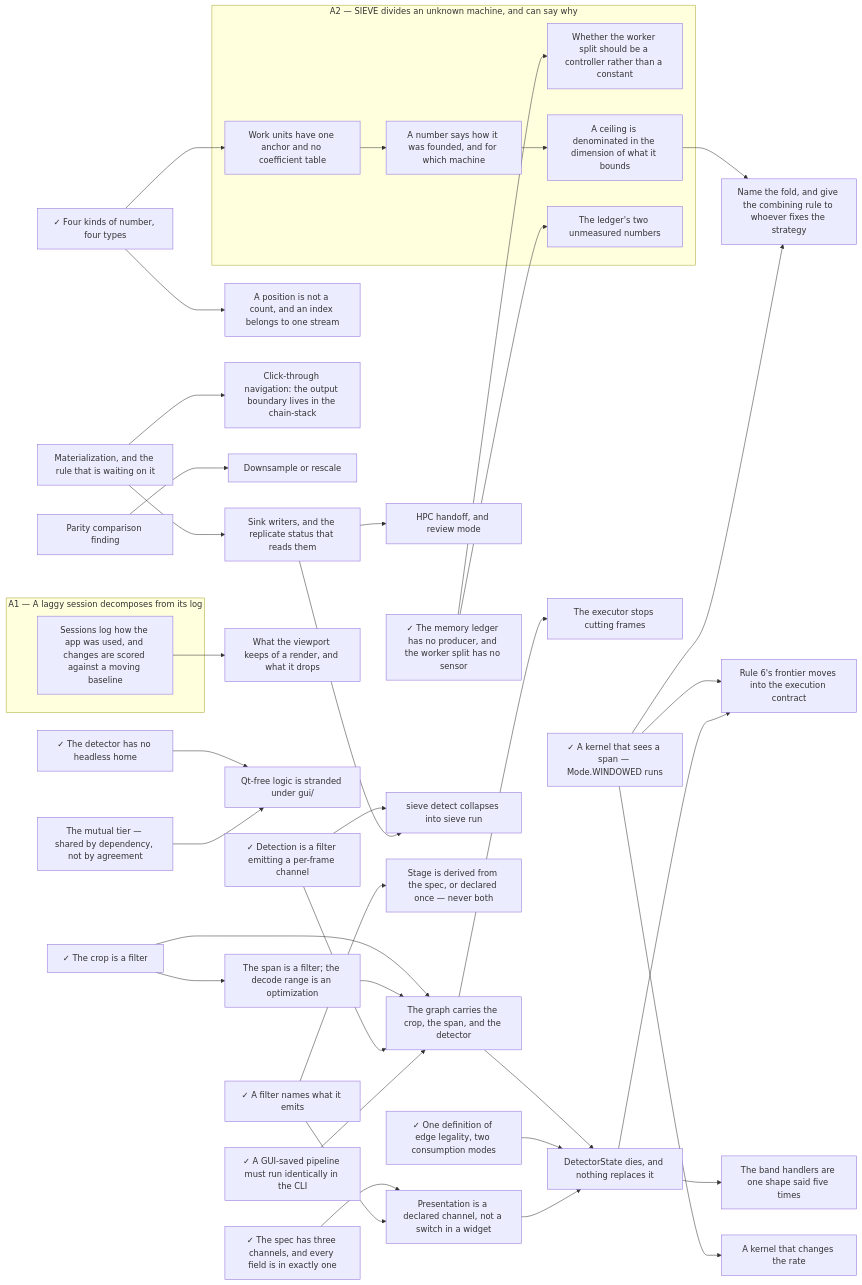
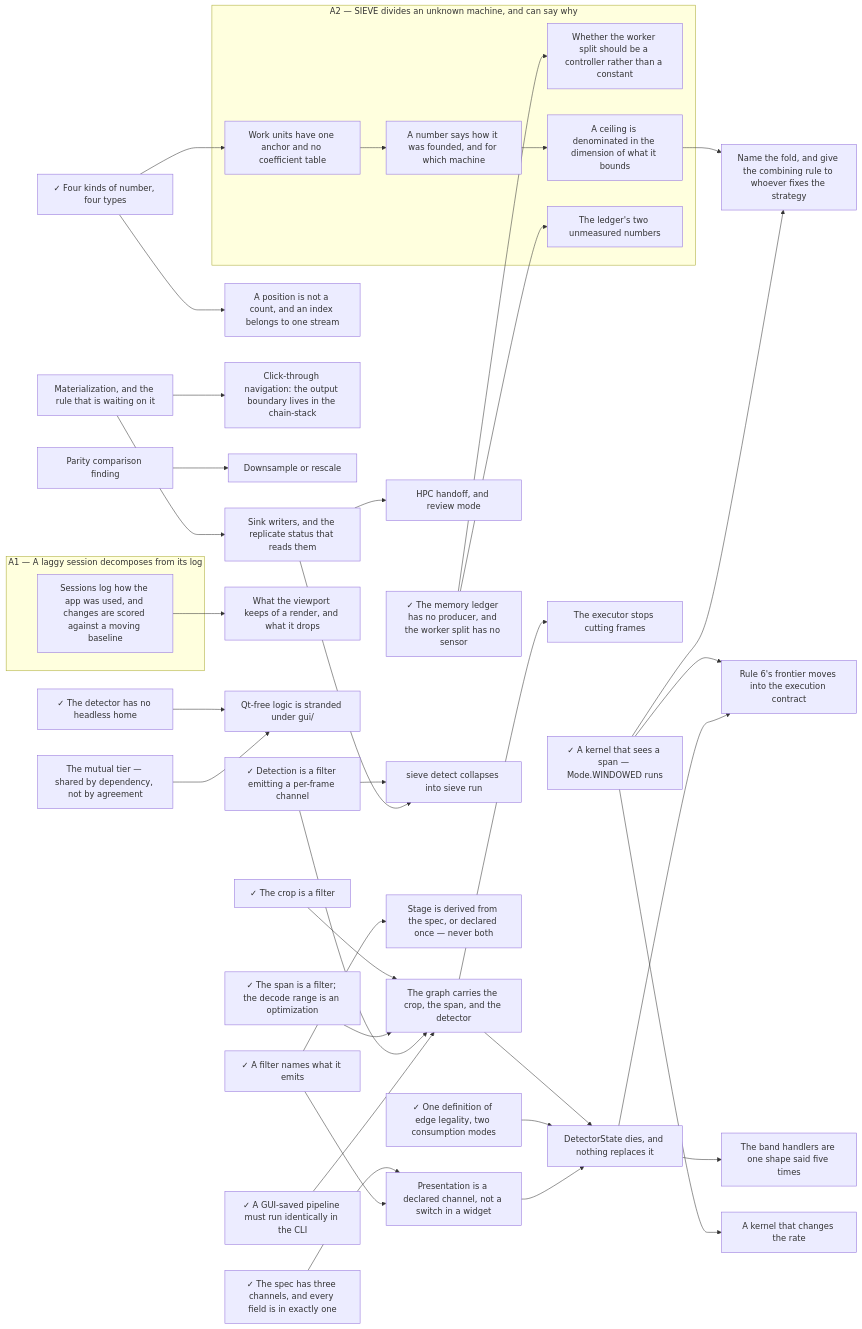
One commit to soulsynapse/antscihub-SIEVE changed the diagram in docs/.state.md. Above: the diagram before and after it, drawn with Mermaid. The commit also changed other lines of this file and 18 other files, not shown here.

````diff
--- a/docs/.state.md
+++ b/docs/.state.md
@@ -112,77 +110,76 @@
 ```mermaid
 graph LR
   subgraph A1["A1 — A laggy session decomposes from its log"]
       slow_path_surfacing["Sessions log how the app was used, and changes are scored against a moving baseline"]
   end
   subgraph A2["A2 — SIEVE divides an unknown machine, and can say why"]
       a_number_says_how_it_was_founded["A number says how it was founded, and for which machine"]
       adaptive_worker_allocation["Whether the worker split should be a controller rather than a constant"]
       ceilings_in_the_dimension_they_bound["A ceiling is denominated in the dimension of what it bounds"]
       ledger_measurements["The ledger's two unmeasured numbers"]
       work_units_have_one_anchor["Work units have one anchor and no coefficient table"]
   end
     a_filter_names_what_it_emits["✓ A filter names what it emits"]
     a_kernel_that_changes_the_rate["A kernel that changes the rate"]
     a_kernel_that_sees_a_span["✓ A kernel that sees a span — Mode.WINDOWED runs"]
     a_position_is_not_a_count["A position is not a count, and an index belongs to one stream"]
     click_through_navigation["Click-through navigation: the output boundary lives in the chain-stack"]
     detection_is_a_filter["✓ Detection is a filter emitting a per-frame channel"]
     detector_state_dies["DetectorState dies, and nothing replaces it"]
     downsample_or_rescale["Downsample or rescale"]
     four_numbers_four_types["✓ Four kinds of number, four types"]
     gui_cli_execution_parity["✓ A GUI-saved pipeline must run identically in the CLI"]
     headless_detection["✓ The detector has no headless home"]
     hpc_handoff_and_review_mode["HPC handoff, and review mode"]
     ledger_producers["✓ The memory ledger has no producer, and the worker split has no sensor"]
     materialization["Materialization, and the rule that is waiting on it"]
     name_the_fold["Name the fold, and give the combining rule to whoever fixes the strategy"]
     one_definition_of_edge_legality["✓ One definition of edge legality, two consumption modes"]
     parity_comparison_finding["Parity comparison finding"]
     presentation_is_a_channel_not_a_switch["Presentation is a declared channel, not a switch in a widget"]
     proxy_retention_policy["What the viewport keeps of a render, and what it drops"]
     qt_free_logic_under_gui["Qt-free logic is stranded under gui/"]
     rule_sixs_frontier_moves_into_the_contract["Rule 6's frontier moves into the execution contract"]
     sieve_detect_collapses_into_sieve_run["sieve detect collapses into sieve run"]
     sink_writers["Sink writers, and the replicate status that reads them"]
     stage_is_derived_or_declared_once["Stage is derived from the spec, or declared once — never both"]
     the_band_handlers_are_one_shape_said_five_times["The band handlers are one shape said five times"]
     the_crop_is_a_filter["✓ The crop is a filter"]
     the_executor_stops_cutting_frames["The executor stops cutting frames"]
     the_graph_carries_the_crop_the_span_and_the_detector["The graph carries the crop, the span, and the detector"]
     the_mutual_tier["The mutual tier — shared by dependency, not by agreement"]
-    the_span_is_a_filter["The span is a filter; the decode range is an optimization"]
+    the_span_is_a_filter["✓ The span is a filter; the decode range is an optimization"]
     the_spec_has_three_channels["✓ The spec has three channels, and every field is in exactly one"]
     a_kernel_that_sees_a_span --> a_kernel_that_changes_the_rate
     work_units_have_one_anchor --> a_number_says_how_it_was_founded
     four_numbers_four_types --> a_position_is_not_a_count
     ledger_producers --> adaptive_worker_allocation
     a_number_says_how_it_was_founded --> ceilings_in_the_dimension_they_bound
     materialization --> click_through_navigation
     the_graph_carries_the_crop_the_span_and_the_detector --> detector_state_dies
     one_definition_of_edge_legality --> detector_state_dies
     presentation_is_a_channel_not_a_switch --> detector_state_dies
     parity_comparison_finding --> downsample_or_rescale
     sink_writers --> hpc_handoff_and_review_mode
     ledger_producers --> ledger_measurements
     ceilings_in_the_dimension_they_bound --> name_the_fold
     a_kernel_that_sees_a_span --> name_the_fold
     the_spec_has_three_channels --> presentation_is_a_channel_not_a_switch
     a_filter_names_what_it_emits --> presentation_is_a_channel_not_a_switch
     slow_path_surfacing --> proxy_retention_policy
     headless_detection --> qt_free_logic_under_gui
     the_mutual_tier --> qt_free_logic_under_gui
     a_kernel_that_sees_a_span --> rule_sixs_frontier_moves_into_the_contract
     detector_state_dies --> rule_sixs_frontier_moves_into_the_contract
     detection_is_a_filter --> sieve_detect_collapses_into_sieve_run
     sink_writers --> sieve_detect_collapses_into_sieve_run
     materialization --> sink_writers
     a_filter_names_what_it_emits --> stage_is_derived_or_declared_once
     detector_state_dies --> the_band_handlers_are_one_shape_said_five_times
     the_graph_carries_the_crop_the_span_and_the_detector --> the_executor_stops_cutting_frames
     the_crop_is_a_filter --> the_graph_carries_the_crop_the_span_and_the_detector
     the_span_is_a_filter --> the_graph_carries_the_crop_the_span_and_the_detector
     detection_is_a_filter --> the_graph_carries_the_crop_the_span_and_the_detector
     gui_cli_execution_parity --> the_graph_carries_the_crop_the_span_and_the_detector
-    the_crop_is_a_filter --> the_span_is_a_filter
     four_numbers_four_types --> work_units_have_one_anchor
 ```
````
